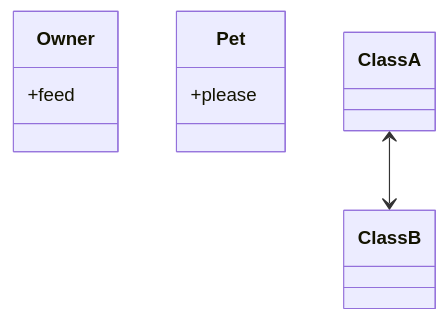
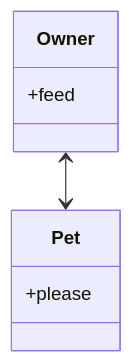
One commit to 8bitdev256/howto changed the second of 4 diagrams in OOP - UML.md. Above: the diagram before and after it, drawn with Mermaid.

Commit message:
FEAT: Update OOP - UML.md

````diff
--- a/OOP - UML.md
+++ b/OOP - UML.md
@@ -26,12 +26,12 @@
 ```mermaid
 classDiagram
     class Owner {
         +feed
     }
 
     class Pet {
         +please
     }
 
-    ClassA <--> ClassB
+    Owner <--> Pet
 ```
````
